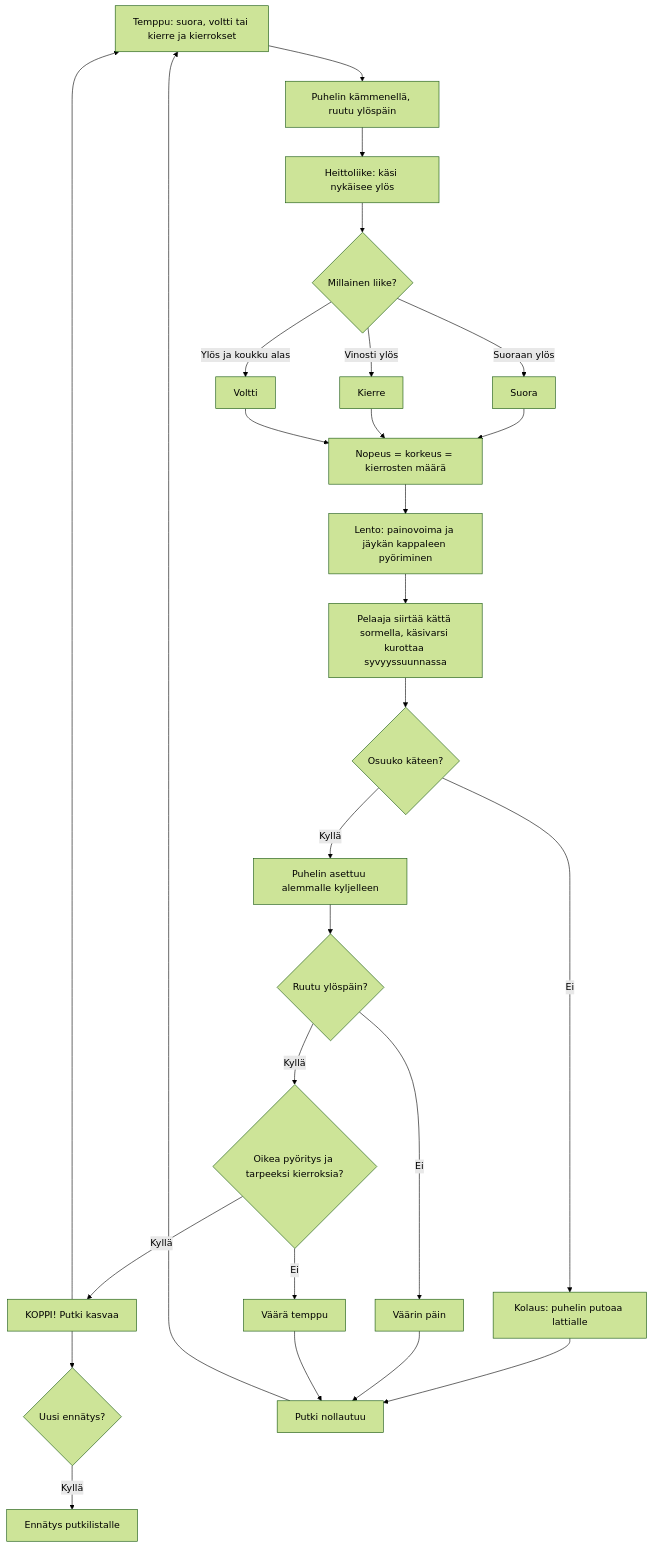
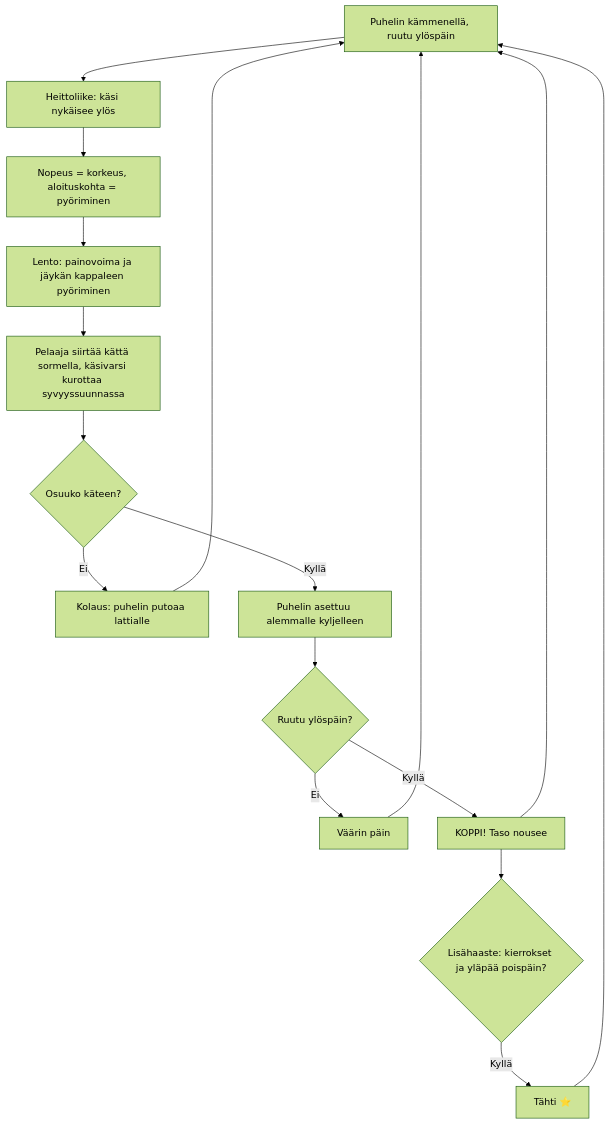
One commit to eerovil/ai-pelit changed the diagram in docs/diagrams/puhelinkoppi.md. Above: the diagram before and after it, drawn with Mermaid (forest theme). The commit also changed other lines of this file and 13 other files, not shown here.

````diff
--- a/docs/diagrams/puhelinkoppi.md
+++ b/docs/diagrams/puhelinkoppi.md
@@ -13,36 +10,24 @@
 ```mermaid
 flowchart TD
-  T[Temppu: suora, voltti tai kierre ja kierrokset] --> A[Puhelin kämmenellä, ruutu ylöspäin]
-  A --> B[Heittoliike: käsi nykäisee ylös]
-  B --> P{Millainen liike?}
-  P -- Suoraan ylös --> P1[Suora]
-  P -- Vinosti ylös --> P2[Kierre]
-  P -- Ylös ja koukku alas --> P3[Voltti]
-  P1 --> C[Nopeus = korkeus = kierrosten määrä]
-  P2 --> C
-  P3 --> C
+  A[Puhelin kämmenellä, ruutu ylöspäin] --> B[Heittoliike: käsi nykäisee ylös]
+  B --> C[Nopeus = korkeus, aloituskohta = pyöriminen]
   C --> D[Lento: painovoima ja jäykän kappaleen pyöriminen]
   D --> E[Pelaaja siirtää kättä sormella, käsivarsi kurottaa syvyyssuunnassa]
   E --> F{Osuuko käteen?}
   F -- Ei --> G[Kolaus: puhelin putoaa lattialle]
   F -- Kyllä --> H[Puhelin asettuu alemmalle kyljelleen]
   H --> I{Ruutu ylöspäin?}
   I -- Ei --> J[Väärin päin]
-  I -- Kyllä --> K{Oikea pyöritys ja tarpeeksi kierroksia?}
-  K -- Ei --> J2[Väärä temppu]
-  K -- Kyllä --> L[KOPPI! Putki kasvaa]
-  L --> R{Uusi ennätys?}
-  R -- Kyllä --> S[Ennätys putkilistalle]
-  G --> Z[Putki nollautuu]
-  J --> Z
-  J2 --> Z
-  Z --> T
-  L --> T
+  I -- Kyllä --> L[KOPPI! Taso nousee]
+  L --> K{Lisähaaste: kierrokset ja yläpää poispäin?}
+  K -- Kyllä --> M[Tähti ⭐]
+  G --> A
+  J --> A
+  L --> A
+  M --> A
   class A,B,E blue
-  class P1,P2,P3 teal
-  class P,F,I,K,R amber
+  class F,I,K amber
   class C,D,H teal
-  class T violet
-  class L,S green
-  class G,J,J2,Z rose
+  class L,M green
+  class G,J rose
 ```
````
